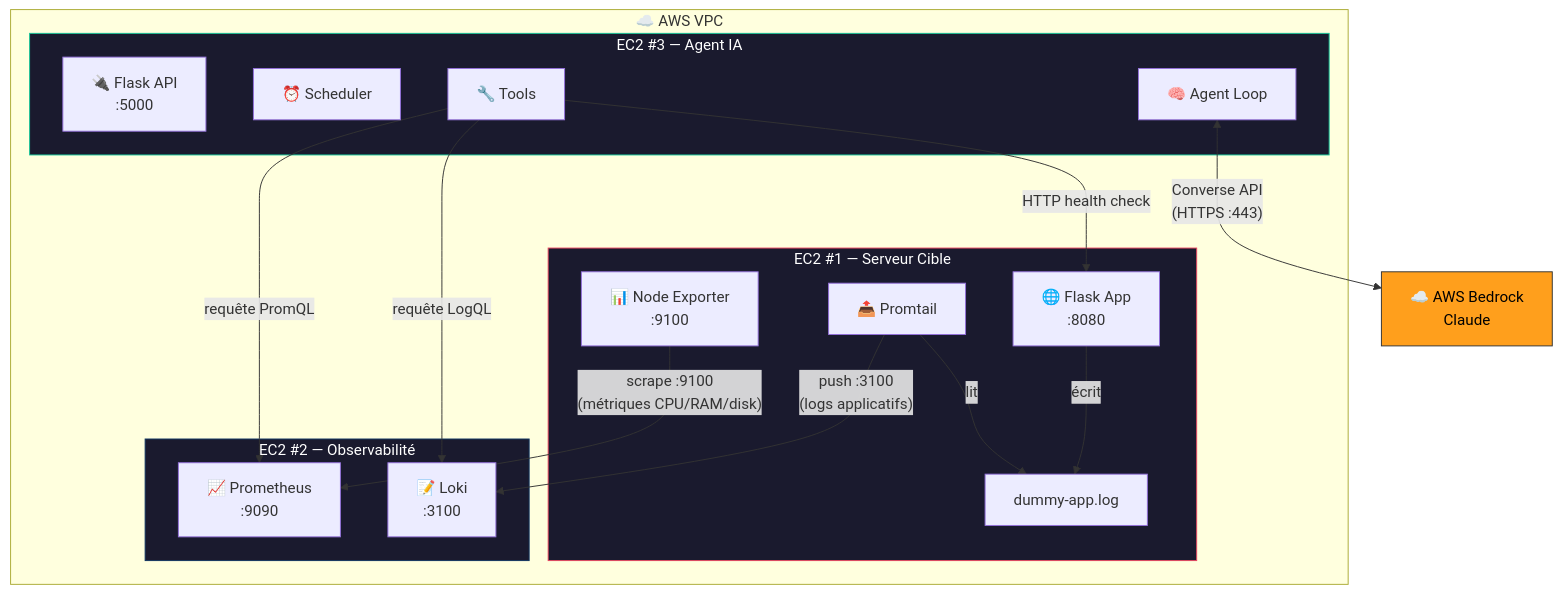
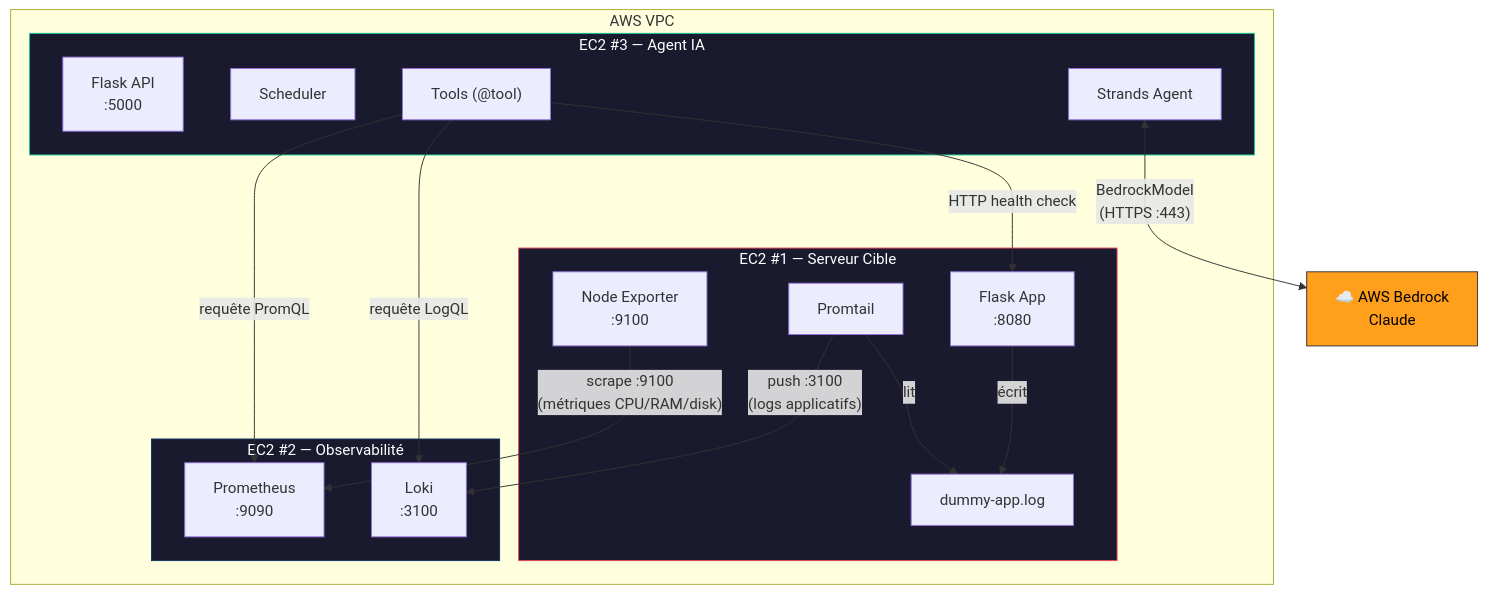
The first of 6 diagrams in README.md (RIKIEL-K/monitoring-ia), drawn with Mermaid before and after one commit. The commit also changed other lines of this file, not shown here.

First line of the commit message:
Revise README for agent architecture and tools

````diff
--- a/README.md
+++ b/README.md
@@ -13,36 +13,36 @@
 ```mermaid
 flowchart TB
-    subgraph VPC["☁️ AWS VPC"]
+    subgraph VPC[" AWS VPC"]
         subgraph EC2_1["EC2 #1 — Serveur Cible"]
-            APP["🌐 Flask App\n:8080"]
-            NE["📊 Node Exporter\n:9100"]
-            PT["📤 Promtail"]
+            APP[" Flask App\n:8080"]
+            NE["Node Exporter\n:9100"]
+            PT[" Promtail"]
             APP -->|"écrit"| LOGS["dummy-app.log"]
             PT -->|"lit"| LOGS
         end
         
         subgraph EC2_2["EC2 #2 — Observabilité"]
-            PROM["📈 Prometheus\n:9090"]
-            LOKI["📝 Loki\n:3100"]
+            PROM[" Prometheus\n:9090"]
+            LOKI["Loki\n:3100"]
         end
         
         subgraph EC2_3["EC2 #3 — Agent IA"]
-            API["🔌 Flask API\n:5000"]
-            SCHED["⏰ Scheduler"]
-            LOOP["🧠 Agent Loop"]
-            TOOLS["🔧 Tools"]
+            API[" Flask API\n:5000"]
+            SCHED["Scheduler"]
+            LOOP["Strands Agent"]
+            TOOLS["Tools (@tool)"]
         end
     end
     
     NE -->|"scrape :9100\n(métriques CPU/RAM/disk)"| PROM
     PT -->|"push :3100\n(logs applicatifs)"| LOKI
     TOOLS -->|"requête PromQL"| PROM
     TOOLS -->|"requête LogQL"| LOKI
     TOOLS -->|"HTTP health check"| APP
-    LOOP <-->|"Converse API\n(HTTPS :443)"| BEDROCK["☁️ AWS Bedrock\nClaude"]
+    LOOP <-->|"BedrockModel\n(HTTPS :443)"| BEDROCK["☁️ AWS Bedrock\nClaude"]
     
     style EC2_1 fill:#1a1a2e,stroke:#e94560,color:#fff
     style EC2_2 fill:#1a1a2e,stroke:#0f3460,color:#fff
     style EC2_3 fill:#1a1a2e,stroke:#16c79a,color:#fff
     style BEDROCK fill:#ff9f1c,stroke:#333,color:#000
 ```
````
